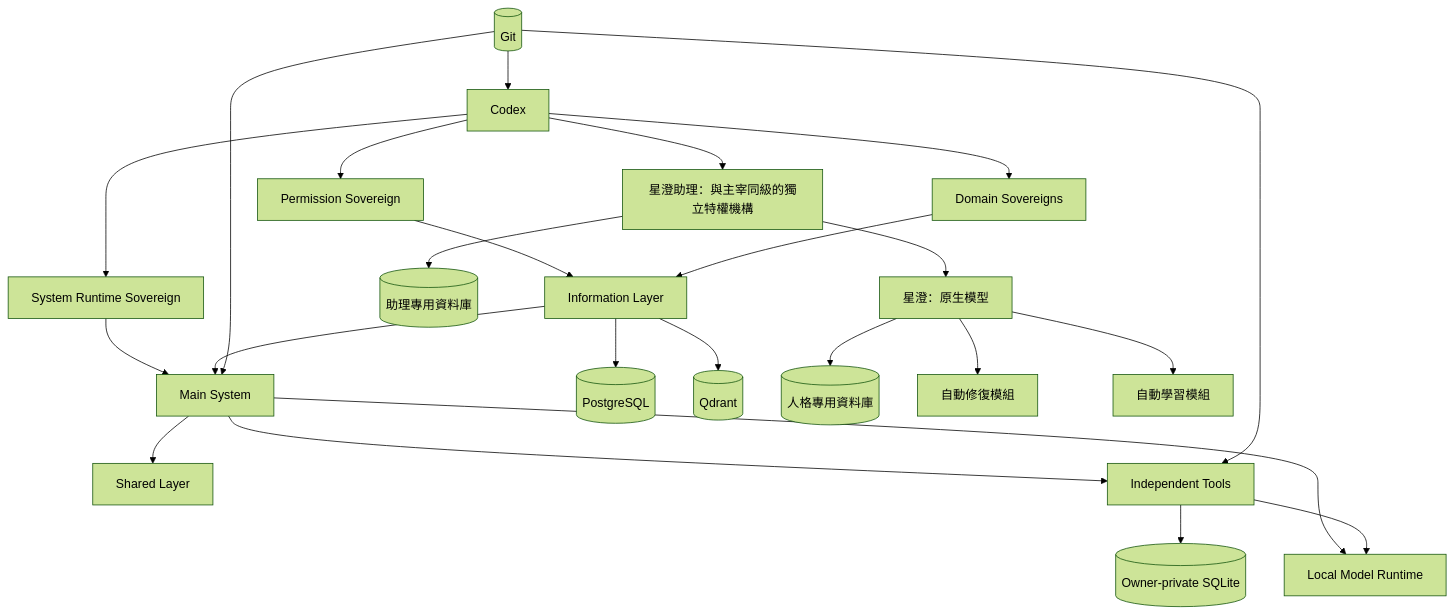
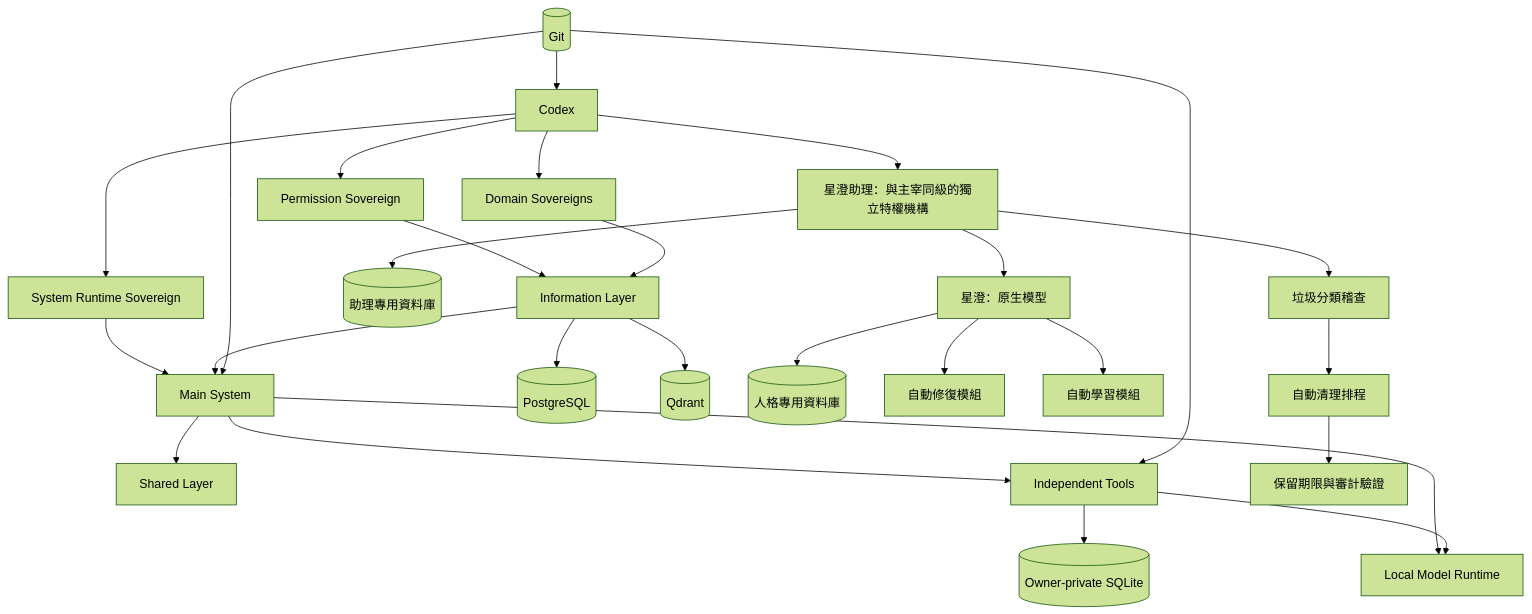
One commit to guilty442-source/GPTBridge changed the diagram in governance_rule/codex/architecture-project.md. Above: the diagram before and after it, drawn with Mermaid (forest theme). The commit also changed other lines of this file and 227 other files, not shown here.

First line of the commit message:
Refactor: Major governance and sovereign architecture restructuring

````diff
--- a/governance_rule/codex/architecture-project.md
+++ b/governance_rule/codex/architecture-project.md
@@ -3,26 +3,29 @@
 ```mermaid
 flowchart TB
   C[Codex] --> P[Permission Sovereign]
   C --> D[Domain Sovereigns]
   C --> XA[星澄助理：與主宰同級的獨立特權機構]
   C --> R[System Runtime Sovereign]
   P --> I[Information Layer]
   D --> I
   R --> M[Main System]
   I --> M
   M --> S[Shared Layer]
   M --> T[Independent Tools]
   I --> PG[(PostgreSQL)]
   I --> Q[(Qdrant)]
   T --> SQ[(Owner-private SQLite)]
   G[(Git)] --> C
   G --> M
   G --> T
   M --> L[Local Model Runtime]
   T --> L
   XA --> XAD[(助理專用資料庫)]
   XA --> XC[星澄：原生模型]
   XC --> XP[(人格專用資料庫)]
   XC --> AR[自動修復模組]
   XC --> AL[自動學習模組]
+  XA --> GC[垃圾分類稽查]
+  GC --> CS[自動清理排程]
+  CS --> AU[保留期限與審計驗證]
 ```
````
